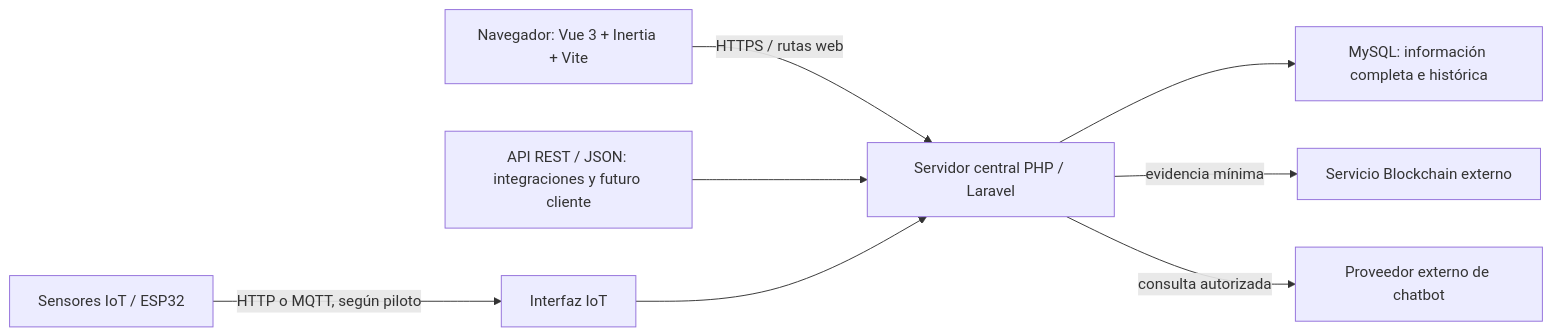
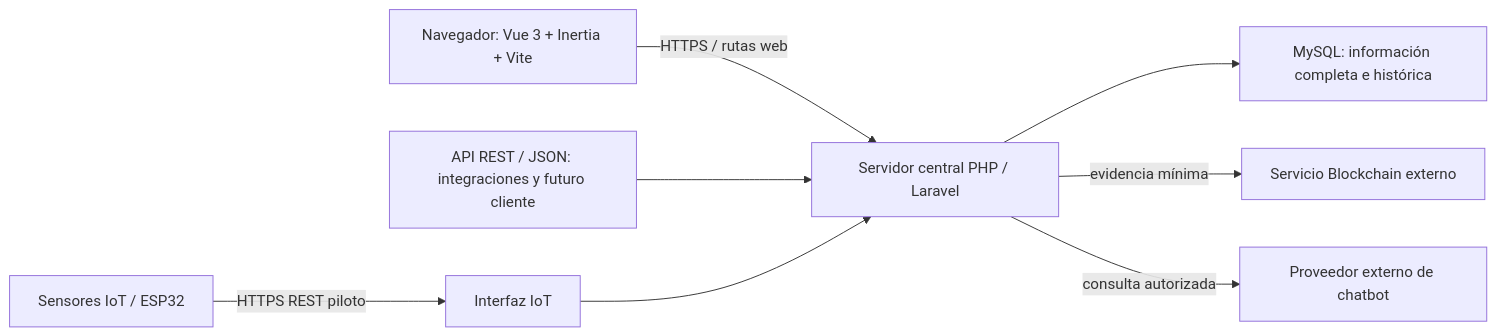
One commit to Dan10104/Proyecto-de-Taller-de-Grado changed the diagram in docs/ARCHITECTURE.md. Above: the diagram before and after it, drawn with Mermaid. The commit also changed other lines of this file and 11 other files, not shown here.

````diff
--- a/docs/ARCHITECTURE.md
+++ b/docs/ARCHITECTURE.md
@@ -9,10 +11,10 @@
 ```mermaid
 flowchart LR
   Web["Navegador: Vue 3 + Inertia + Vite"] -->|HTTPS / rutas web| Laravel["Servidor central PHP / Laravel"]
   API["API REST / JSON: integraciones y futuro cliente"] --> Laravel
-  IoT["Sensores IoT / ESP32"] -->|HTTP o MQTT, según piloto| Entrada["Interfaz IoT"]
+  IoT["Sensores IoT / ESP32"] -->|HTTPS REST piloto| Entrada["Interfaz IoT"]
   Entrada --> Laravel
   Laravel --> MySQL["MySQL: información completa e histórica"]
   Laravel -->|evidencia mínima| BC["Servicio Blockchain externo"]
   Laravel -->|consulta autorizada| IA["Proveedor externo de chatbot"]
 ```
````
